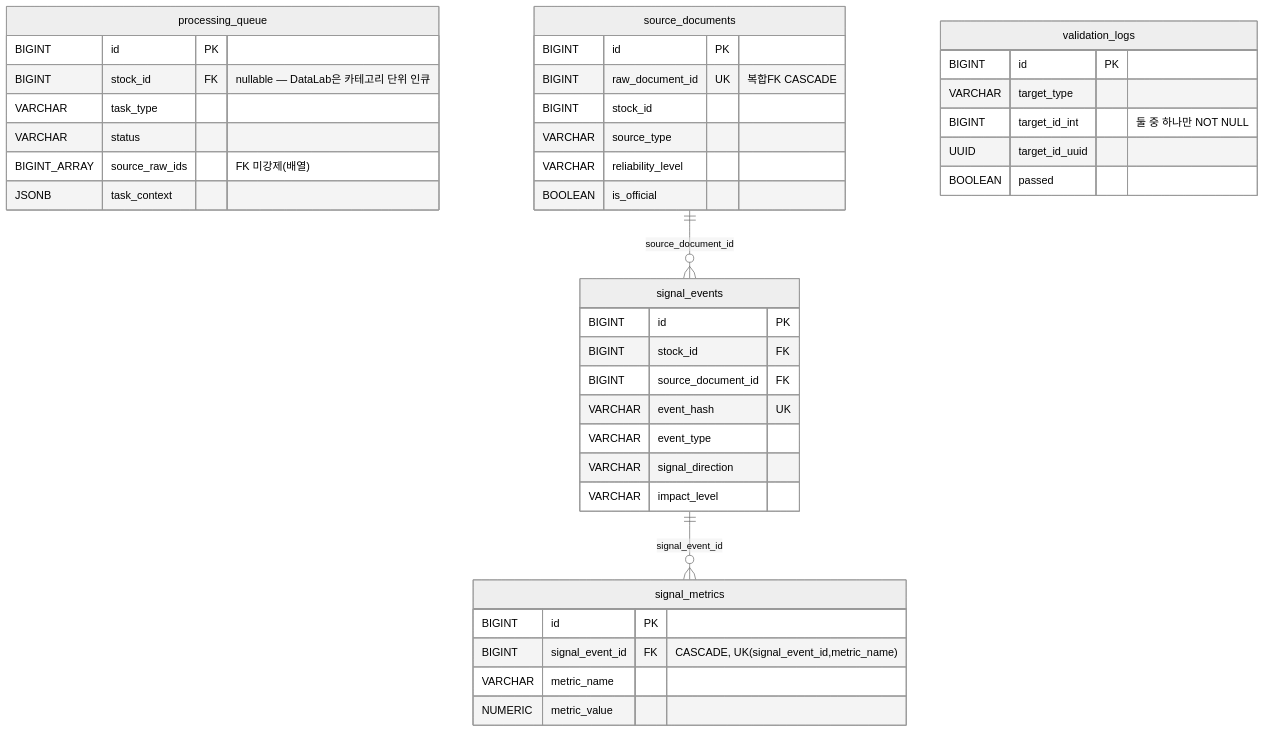
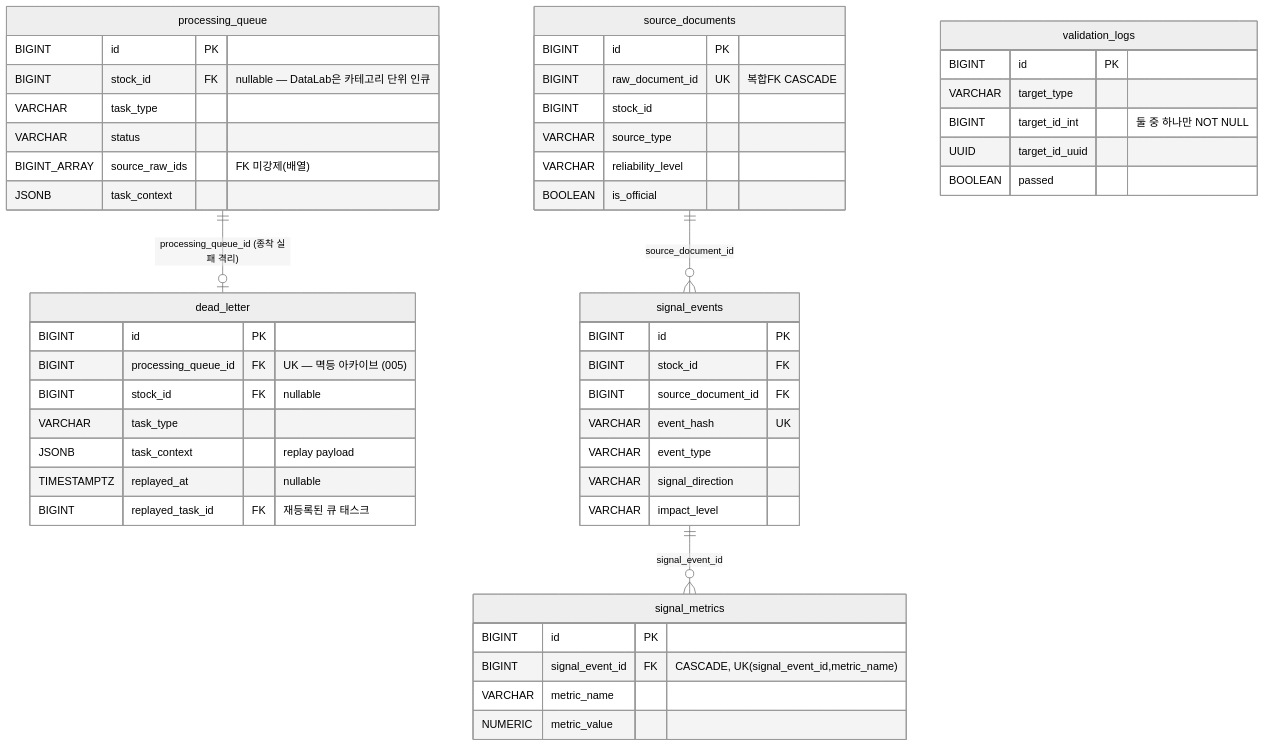
The fifth of 10 diagrams in database/erd/signal_alpha_core_erd.md (AIX14-3/signal-alpha), drawn with Mermaid (neutral theme) before and after one commit. The commit also changed 12 other files, not shown here.

First line of the commit message:
feat(dlq): Dead Letter Queue — 큐 태스크 종착 실패 격리 + replay (Phase 2)

````diff
--- a/database/erd/signal_alpha_core_erd.md
+++ b/database/erd/signal_alpha_core_erd.md
@@ -211,48 +211,59 @@
 ```mermaid
 erDiagram
     processing_queue {
         BIGINT id PK
         BIGINT stock_id FK "nullable — DataLab은 카테고리 단위 인큐"
         VARCHAR task_type
         VARCHAR status
         BIGINT_ARRAY source_raw_ids "FK 미강제(배열)"
         JSONB task_context
+    }
+
+    dead_letter {
+        BIGINT id PK
+        BIGINT processing_queue_id FK "UK — 멱등 아카이브 (005)"
+        BIGINT stock_id FK "nullable"
+        VARCHAR task_type
+        JSONB task_context "replay payload"
+        TIMESTAMPTZ replayed_at "nullable"
+        BIGINT replayed_task_id FK "재등록된 큐 태스크"
     }
 
     source_documents {
         BIGINT id PK
         BIGINT raw_document_id UK "복합FK CASCADE"
         BIGINT stock_id
         VARCHAR source_type
         VARCHAR reliability_level
         BOOLEAN is_official
     }
 
     signal_events {
         BIGINT id PK
         BIGINT stock_id FK
         BIGINT source_document_id FK
         VARCHAR event_hash UK
         VARCHAR event_type
         VARCHAR signal_direction
         VARCHAR impact_level
     }
 
     signal_metrics {
         BIGINT id PK
         BIGINT signal_event_id FK "CASCADE, UK(signal_event_id,metric_name)"
         VARCHAR metric_name
         NUMERIC metric_value
     }
 
     validation_logs {
         BIGINT id PK
         VARCHAR target_type
         BIGINT target_id_int "둘 중 하나만 NOT NULL"
         UUID target_id_uuid
         BOOLEAN passed
     }
 
     source_documents ||--o{ signal_events : "source_document_id"
     signal_events ||--o{ signal_metrics : "signal_event_id"
+    processing_queue ||--o| dead_letter : "processing_queue_id (종착 실패 격리)"
 ```
````
